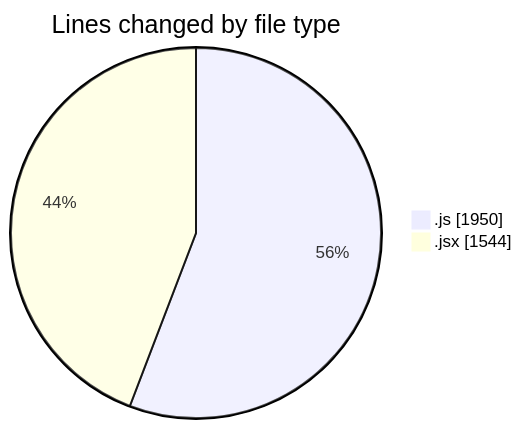
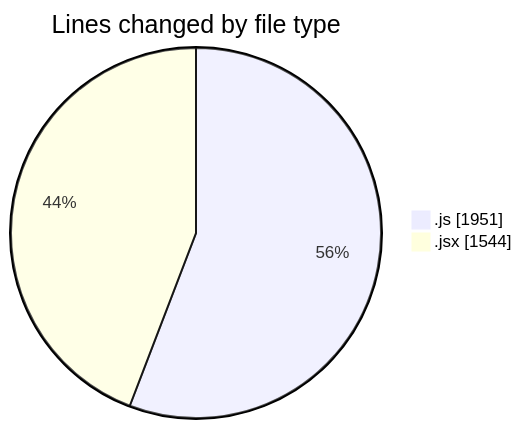
Before and after one commit to nxtqubesakshisongat/code-tracking: the first of 2 diagrams in 2025-08-29/nxtqube_webapp/README.md, drawn with Mermaid. The commit also changed other lines of this file and 1 other file, not shown here.

````diff
--- a/2025-08-29/nxtqube_webapp/README.md
+++ b/2025-08-29/nxtqube_webapp/README.md
@@ -23,6 +23,6 @@
 ```mermaid
 pie showData
 title Lines changed by file type
-".js" : 1950
+".js" : 1951
 ".jsx" : 1544
 ```
````
